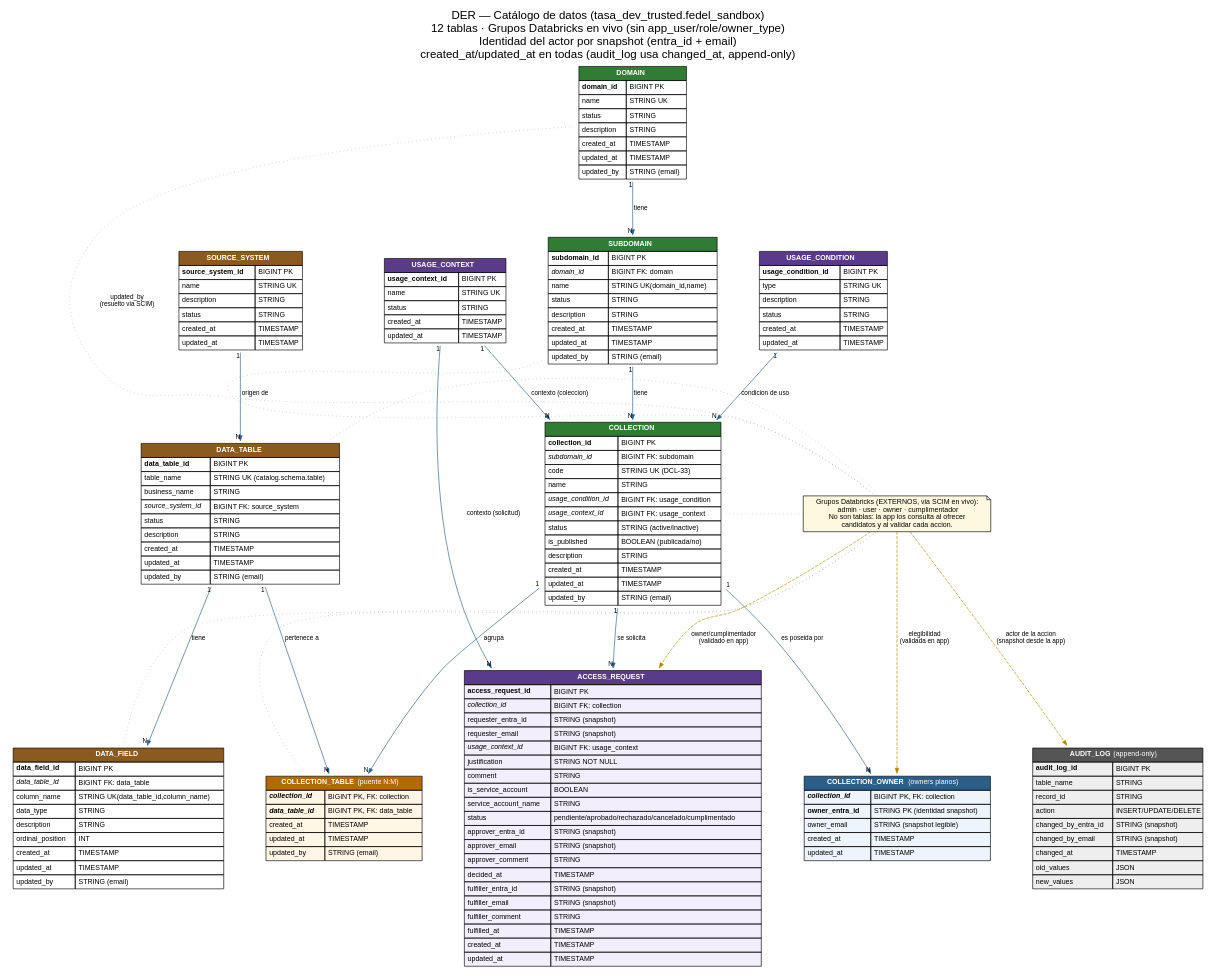
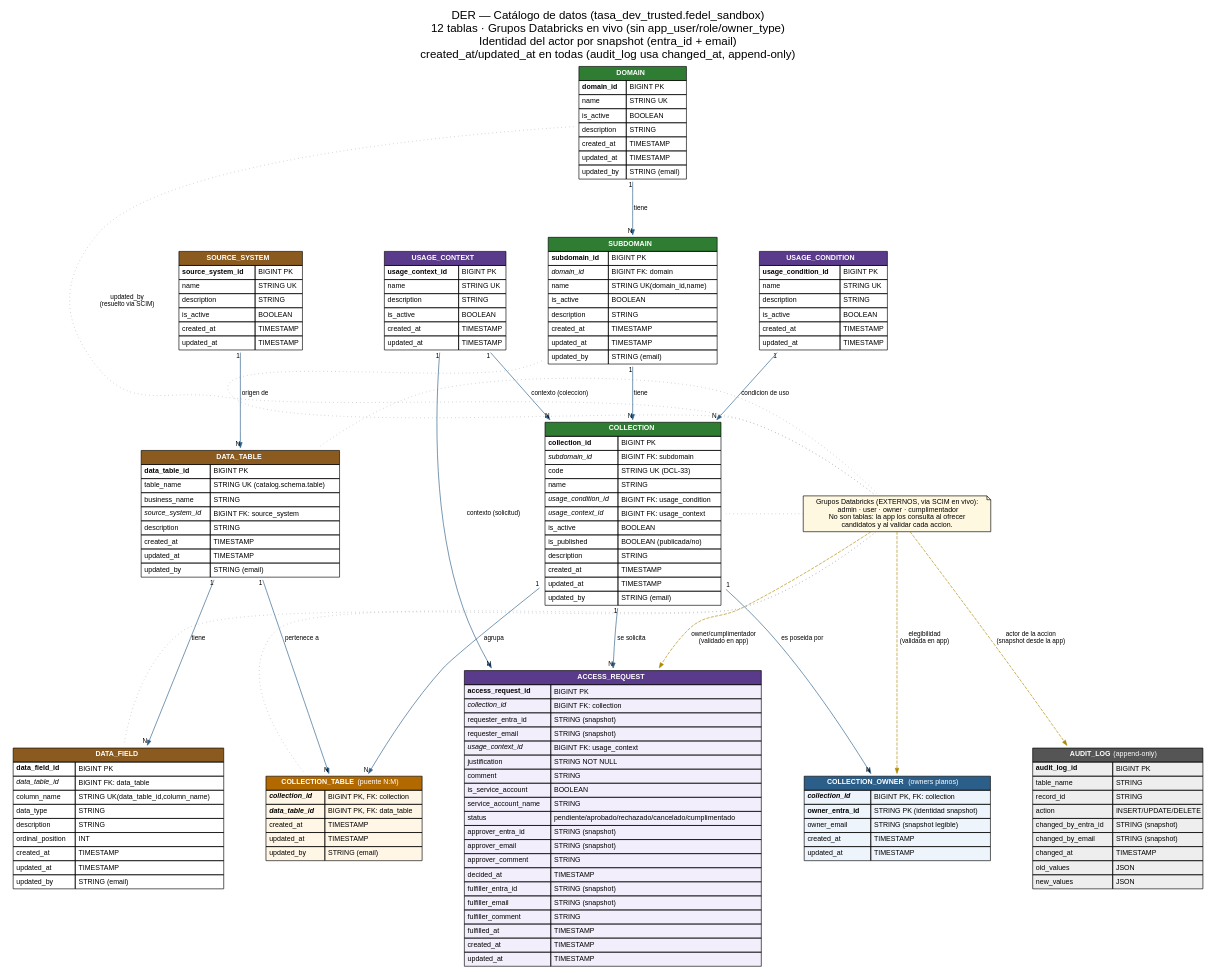
The diagram in der.dot (fedestf/der-grafico), drawn with Graphviz before and after one commit. The commit also changed 3 other files, not shown here.

Commit message:
Ajustar campos: is_active boolean, name en usage_condition, description en usage_context, quitar status de data_table

```diff
--- a/der.dot
+++ b/der.dot
@@ -16,7 +16,7 @@
       <tr><td bgcolor="#2e7d32" colspan="2"><font color="white"><b>DOMAIN</b></font></td></tr>
       <tr><td align="left"><b>domain_id</b></td><td align="left">BIGINT PK</td></tr>
       <tr><td align="left">name</td><td align="left">STRING UK</td></tr>
-      <tr><td align="left">status</td><td align="left">STRING</td></tr>
+      <tr><td align="left">is_active</td><td align="left">BOOLEAN</td></tr>
       <tr><td align="left">description</td><td align="left">STRING</td></tr>
       <tr><td align="left">created_at</td><td align="left">TIMESTAMP</td></tr>
       <tr><td align="left">updated_at</td><td align="left">TIMESTAMP</td></tr>
@@ -29,7 +29,7 @@
       <tr><td align="left"><b>subdomain_id</b></td><td align="left">BIGINT PK</td></tr>
       <tr><td align="left"><i>domain_id</i></td><td align="left">BIGINT FK: domain</td></tr>
       <tr><td align="left">name</td><td align="left">STRING UK(domain_id,name)</td></tr>
-      <tr><td align="left">status</td><td align="left">STRING</td></tr>
+      <tr><td align="left">is_active</td><td align="left">BOOLEAN</td></tr>
       <tr><td align="left">description</td><td align="left">STRING</td></tr>
       <tr><td align="left">created_at</td><td align="left">TIMESTAMP</td></tr>
       <tr><td align="left">updated_at</td><td align="left">TIMESTAMP</td></tr>
@@ -45,7 +45,7 @@
       <tr><td align="left">name</td><td align="left">STRING</td></tr>
       <tr><td align="left"><i>usage_condition_id</i></td><td align="left">BIGINT FK: usage_condition</td></tr>
       <tr><td align="left"><i>usage_context_id</i></td><td align="left">BIGINT FK: usage_context</td></tr>
-      <tr><td align="left">status</td><td align="left">STRING (active/inactive)</td></tr>
+      <tr><td align="left">is_active</td><td align="left">BOOLEAN</td></tr>
       <tr><td align="left">is_published</td><td align="left">BOOLEAN (publicada/no)</td></tr>
       <tr><td align="left">description</td><td align="left">STRING</td></tr>
       <tr><td align="left">created_at</td><td align="left">TIMESTAMP</td></tr>
@@ -59,7 +59,8 @@
       <tr><td bgcolor="#5a3a8a" colspan="2"><font color="white"><b>USAGE_CONTEXT</b></font></td></tr>
       <tr><td align="left"><b>usage_context_id</b></td><td align="left">BIGINT PK</td></tr>
       <tr><td align="left">name</td><td align="left">STRING UK</td></tr>
-      <tr><td align="left">status</td><td align="left">STRING</td></tr>
+      <tr><td align="left">description</td><td align="left">STRING</td></tr>
+      <tr><td align="left">is_active</td><td align="left">BOOLEAN</td></tr>
       <tr><td align="left">created_at</td><td align="left">TIMESTAMP</td></tr>
       <tr><td align="left">updated_at</td><td align="left">TIMESTAMP</td></tr>
     </table>>];
@@ -68,9 +69,9 @@
     <table border="0" cellborder="1" cellspacing="0" cellpadding="4" bgcolor="white">
       <tr><td bgcolor="#5a3a8a" colspan="2"><font color="white"><b>USAGE_CONDITION</b></font></td></tr>
       <tr><td align="left"><b>usage_condition_id</b></td><td align="left">BIGINT PK</td></tr>
-      <tr><td align="left">type</td><td align="left">STRING UK</td></tr>
+      <tr><td align="left">name</td><td align="left">STRING UK</td></tr>
       <tr><td align="left">description</td><td align="left">STRING</td></tr>
-      <tr><td align="left">status</td><td align="left">STRING</td></tr>
+      <tr><td align="left">is_active</td><td align="left">BOOLEAN</td></tr>
       <tr><td align="left">created_at</td><td align="left">TIMESTAMP</td></tr>
       <tr><td align="left">updated_at</td><td align="left">TIMESTAMP</td></tr>
     </table>>];
@@ -81,7 +82,7 @@
       <tr><td align="left"><b>source_system_id</b></td><td align="left">BIGINT PK</td></tr>
       <tr><td align="left">name</td><td align="left">STRING UK</td></tr>
       <tr><td align="left">description</td><td align="left">STRING</td></tr>
-      <tr><td align="left">status</td><td align="left">STRING</td></tr>
+      <tr><td align="left">is_active</td><td align="left">BOOLEAN</td></tr>
       <tr><td align="left">created_at</td><td align="left">TIMESTAMP</td></tr>
       <tr><td align="left">updated_at</td><td align="left">TIMESTAMP</td></tr>
     </table>>];
@@ -94,7 +95,6 @@
       <tr><td align="left">table_name</td><td align="left">STRING UK (catalog.schema.table)</td></tr>
       <tr><td align="left">business_name</td><td align="left">STRING</td></tr>
       <tr><td align="left"><i>source_system_id</i></td><td align="left">BIGINT FK: source_system</td></tr>
-      <tr><td align="left">status</td><td align="left">STRING</td></tr>
       <tr><td align="left">description</td><td align="left">STRING</td></tr>
       <tr><td align="left">created_at</td><td align="left">TIMESTAMP</td></tr>
       <tr><td align="left">updated_at</td><td align="left">TIMESTAMP</td></tr>
```
